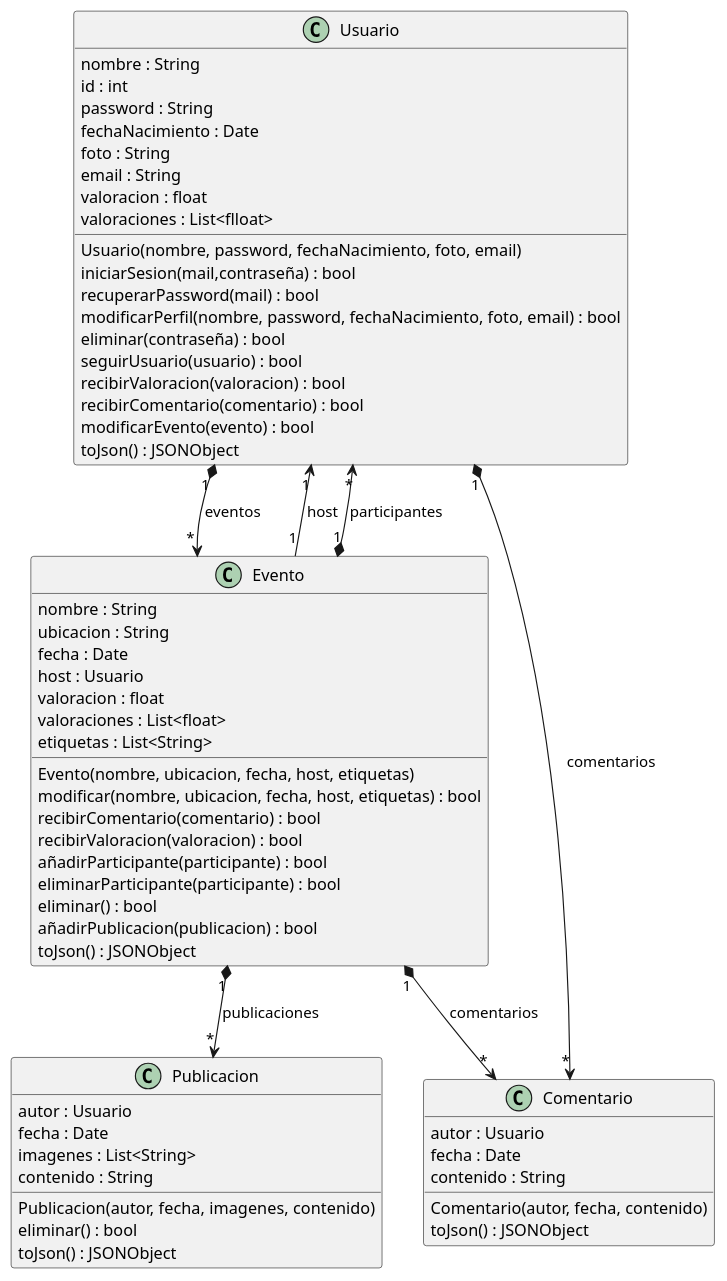
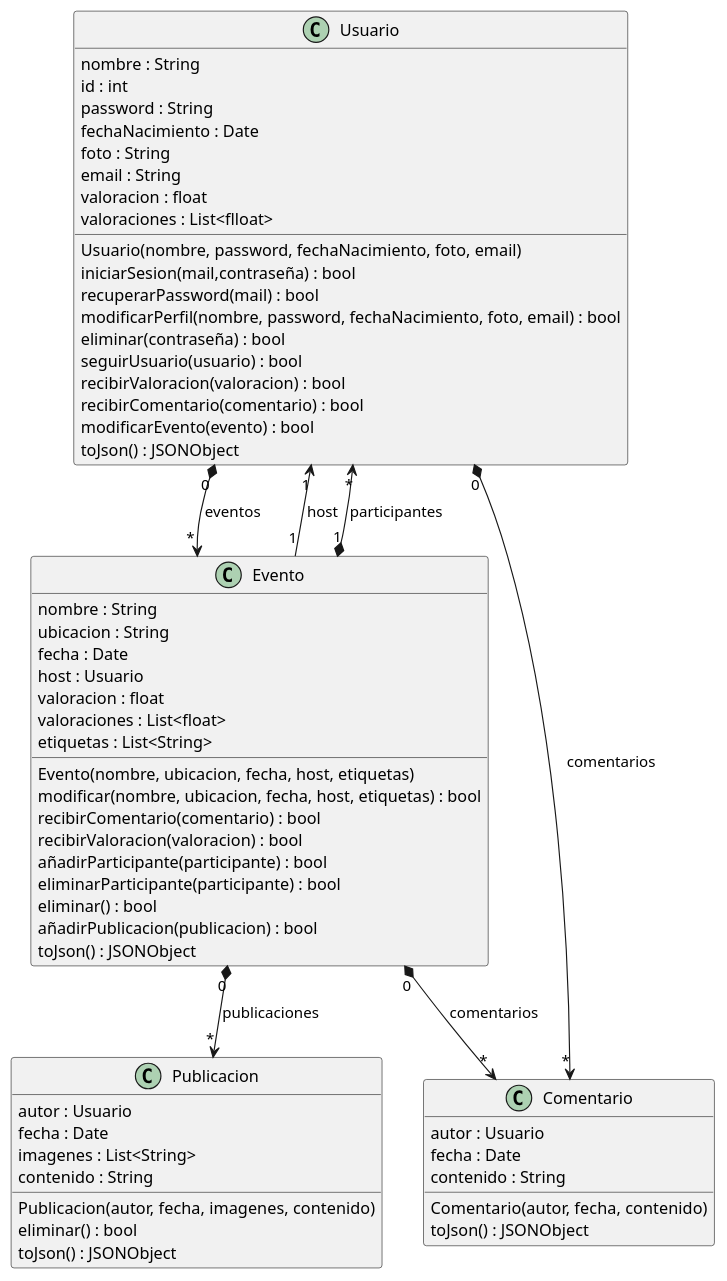
The diagram in backend/Diagramas/Diagrama clases.puml (prieetoo/FindMyParty), drawn with PlantUML before and after one commit.

Commit message:
Cambios diagrama de clases

```diff
--- a/backend/Diagramas/Diagrama clases.puml
+++ b/backend/Diagramas/Diagrama clases.puml
@@ -1,66 +1,66 @@
 @startuml
 class Usuario {
   nombre : String
   id : int
   password : String
   fechaNacimiento : Date
   foto : String
   email : String
   valoracion : float
   valoraciones : List<flloat>
   Usuario(nombre, password, fechaNacimiento, foto, email)
   iniciarSesion(mail,contraseña) : bool
   recuperarPassword(mail) : bool
   modificarPerfil(nombre, password, fechaNacimiento, foto, email) : bool
   eliminar(contraseña) : bool
   seguirUsuario(usuario) : bool
   recibirValoracion(valoracion) : bool
   recibirComentario(comentario) : bool
   modificarEvento(evento) : bool
   toJson() : JSONObject
 }
 
 class Evento {
   nombre : String
   ubicacion : String
   fecha : Date
   host : Usuario
   valoracion : float
   valoraciones : List<float>
   etiquetas : List<String>
   Evento(nombre, ubicacion, fecha, host, etiquetas)
   modificar(nombre, ubicacion, fecha, host, etiquetas) : bool
   recibirComentario(comentario) : bool
   recibirValoracion(valoracion) : bool
   añadirParticipante(participante) : bool
   eliminarParticipante(participante) : bool
   eliminar() : bool
   añadirPublicacion(publicacion) : bool
   toJson() : JSONObject
 }
 
 class Publicacion {
   autor : Usuario
   fecha : Date
   imagenes : List<String>
   contenido : String
   Publicacion(autor, fecha, imagenes, contenido)
   eliminar() : bool
   toJson() : JSONObject
 }
 
 class Comentario {
   autor : Usuario
   fecha : Date
   contenido : String
   Comentario(autor, fecha, contenido)
   toJson() : JSONObject
 }
 
-Usuario "1" *--> "*" Evento : eventos
+Usuario "0" *--> "*" Evento : eventos
 Evento "1" --> "1" Usuario : host
-Evento "1" *--> "*" Publicacion : publicaciones
+Evento "0" *--> "*" Publicacion : publicaciones
 Evento "1" *--> "*" Usuario : participantes
-Evento "1" *--> "*" Comentario : comentarios
-Usuario "1" *--> "*" Comentario : comentarios
+Evento "0" *--> "*" Comentario : comentarios
+Usuario "0" *--> "*" Comentario : comentarios
 @enduml
```
